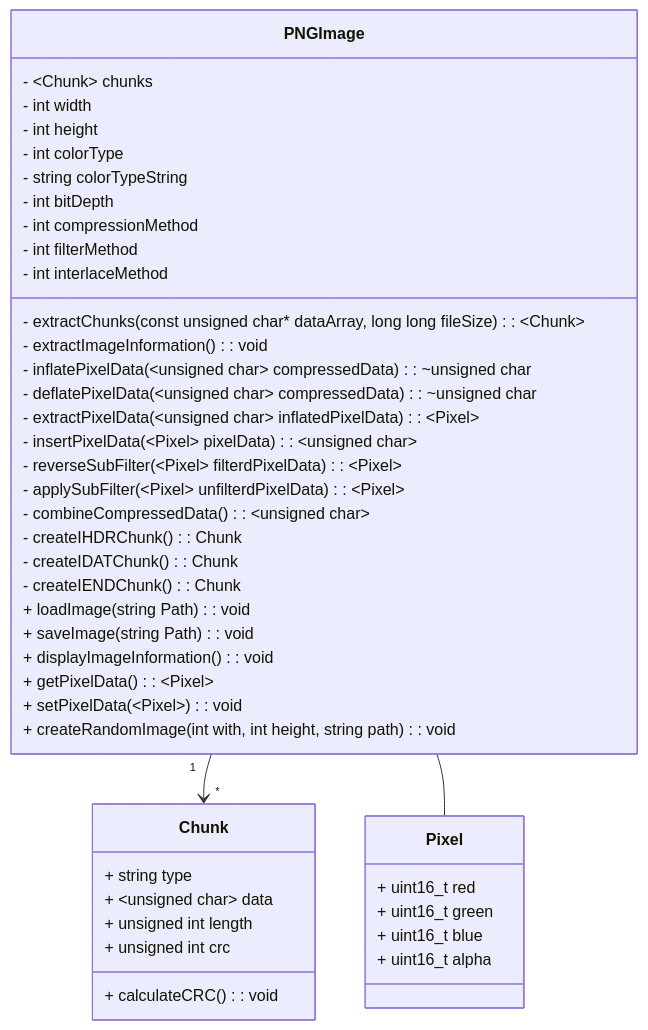
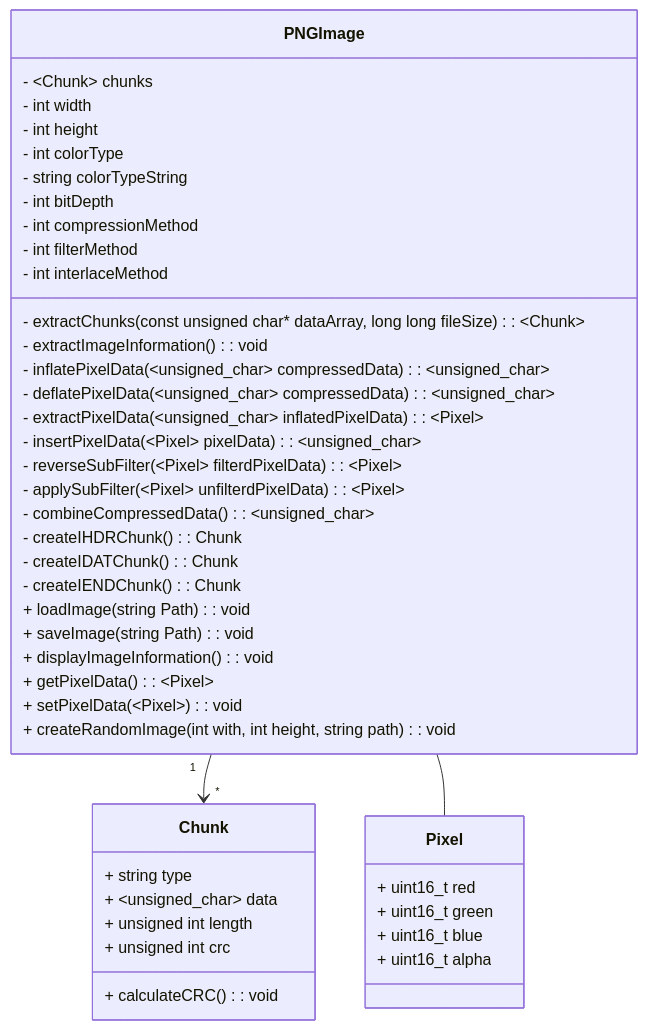
One commit to DPRCode/ImaEasyCrypt changed the first of 2 diagrams in README.md. Above: the diagram before and after it, drawn with Mermaid. The commit also changed other lines of this file, not shown here.

Commit message:
Update Readme Fixet Mermaid

````diff
--- a/README.md
+++ b/README.md
@@ -88,48 +90,48 @@
 ```mermaid
 classDiagram
 graph TB
 	class Chunk{
 		+ string type
-		+ ~unsigned char~ data 
+		+ ~unsigned_char~ data 
 		+ unsigned int length
 		+ unsigned int crc
 		+ calculateCRC(): void
 	}
 	class PNGImage{
 		- ~Chunk~ chunks 
 		- int width
 		- int height
 		- int colorType
 		- string colorTypeString
 		- int bitDepth
 		- int compressionMethod
 		- int filterMethod
 		- int interlaceMethod
 		- extractChunks(const unsigned char* dataArray, long long fileSize): ~Chunk~
 		- extractImageInformation(): void
-		- inflatePixelData(~unsigned char~ compressedData): ~unsigned char 
-		- deflatePixelData(~unsigned char~ compressedData): ~unsigned char
-		- extractPixelData(~unsigned char~ inflatedPixelData): ~Pixel~
-		- insertPixelData(~Pixel~ pixelData): ~unsigned char~
+		- inflatePixelData(~unsigned_char~ compressedData): ~unsigned_char~
+		- deflatePixelData(~unsigned_char~ compressedData): ~unsigned_char~
+		- extractPixelData(~unsigned_char~ inflatedPixelData): ~Pixel~
+		- insertPixelData(~Pixel~ pixelData): ~unsigned_char~
 		- reverseSubFilter(~Pixel~ filterdPixelData): ~Pixel~
 		- applySubFilter(~Pixel~ unfilterdPixelData): ~Pixel~
-		- combineCompressedData(): ~unsigned char~
+		- combineCompressedData(): ~unsigned_char~
 		- createIHDRChunk(): Chunk 
 		- createIDATChunk(): Chunk 
 		- createIENDChunk(): Chunk 
 		+ loadImage(string Path): void
 		+ saveImage(string Path): void
 		+ displayImageInformation(): void
 		+ getPixelData(): ~Pixel~
-		+ setPixelData(~Pixel~): void
+		+ setPixelData( ~Pixel~ ): void
 		+ createRandomImage(int with, int height, string path): void
 	}
 	class Pixel{
 		+ uint16_t red
 		+ uint16_t green
 		+ uint16_t blue
 		+ uint16_t alpha
 	}
 	PNGImage"1"-->"*"Chunk 
 	PNGImage--Pixel
 ```
````
